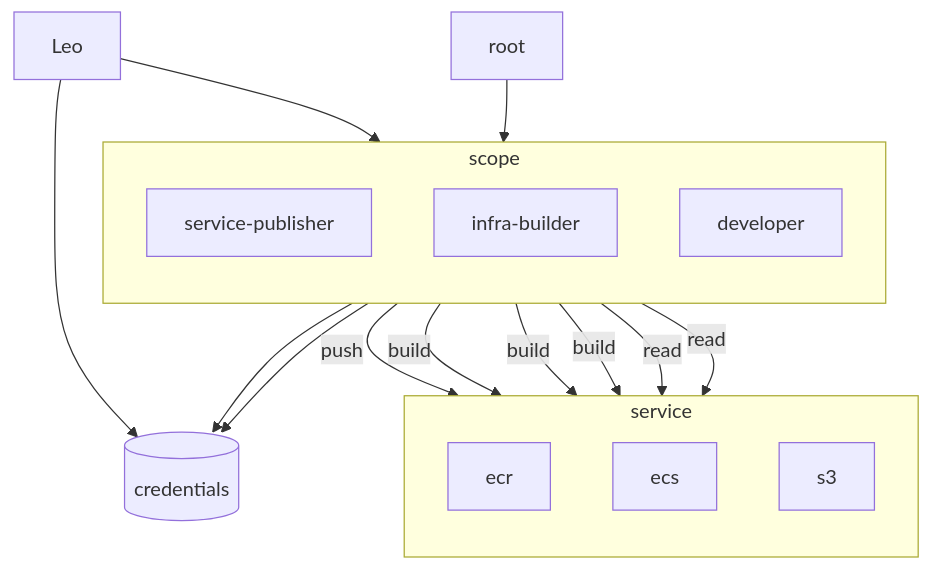
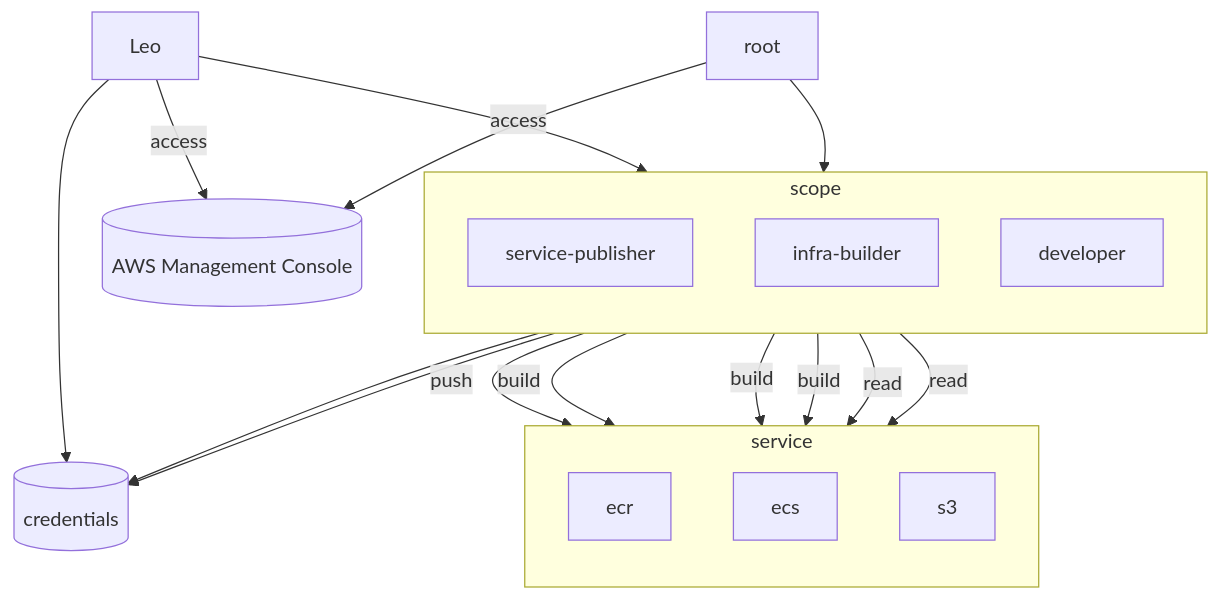
The diagram in src/tf/iam_management/README.md (zcemycl/systemDeploy), drawn with Mermaid before and after one commit. The commit also changed 4 other files, not shown here.

````diff
--- a/src/tf/iam_management/README.md
+++ b/src/tf/iam_management/README.md
@@ -6,29 +6,29 @@
 ```mermaid
 flowchart TB;
     A[root]-->B;
     subgraph B[scope];
         direction TB;
             B1[service-publisher];
             B2[infra-builder];
             B3[developer];
     end
 
     subgraph C[service];
         direction TB
             C1[ecr];
             C2[ecs];
             C3[s3];
     end
 
     E[(credentials)];
+    F[(AWS Management Console)];
 
     D[Leo]-->B3;
     B1 -->|push| C1;
     B2 -->|build| C1 & C2 & C3;
     B3 -->|read| C1 & C3;
     D --> E;
     B1 --> E;
     B2 --> E;
-    
-
+    D & A -->|access| F;
 ```
````
